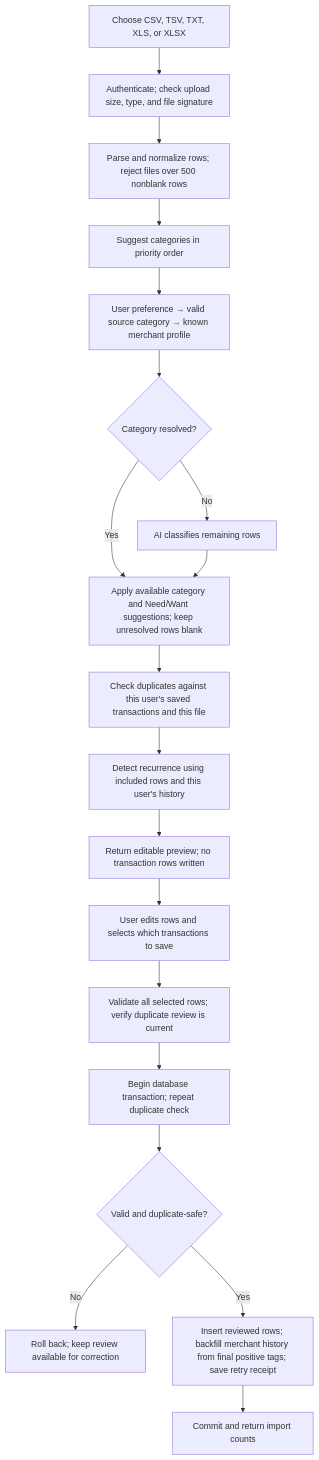
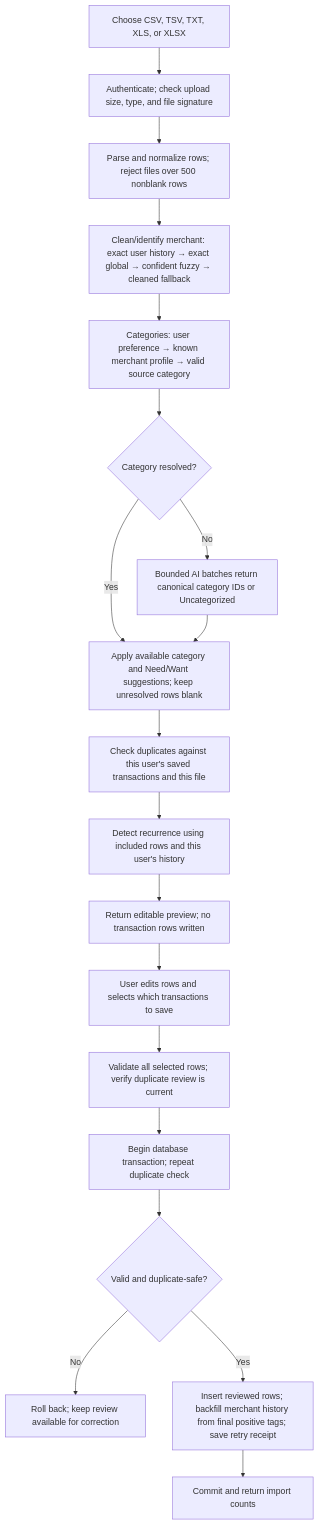
Before and after one commit to kapiltayal/FinVision360: the first of 3 diagrams in docs/Transaction_ingestion_&_processing.md, drawn with Mermaid. The commit also changed other lines of this file and 19 other files, not shown here.

````diff
--- a/docs/Transaction_ingestion_&_processing.md
+++ b/docs/Transaction_ingestion_&_processing.md
@@ -50,21 +50,21 @@
 ```mermaid
 flowchart TD
     A["Choose CSV, TSV, TXT, XLS, or XLSX"] --> B["Authenticate; check upload size, type, and file signature"]
     B --> C["Parse and normalize rows; reject files over 500 nonblank rows"]
-    C --> D["Suggest categories in priority order"]
-    D --> D1["User preference → valid source category → known merchant profile"]
+    C --> D["Clean/identify merchant: exact user history → exact global → confident fuzzy → cleaned fallback"]
+    D --> D1["Categories: user preference → known merchant profile → valid source category"]
     D1 --> E{"Category resolved?"}
     E -- "Yes" --> G["Apply available category and Need/Want suggestions; keep unresolved rows blank"]
-    E -- "No" --> F["AI classifies remaining rows"]
+    E -- "No" --> F["Bounded AI batches return canonical category IDs or Uncategorized"]
     F --> G
     G --> H["Check duplicates against this user's saved transactions and this file"]
     H --> H1["Detect recurrence using included rows and this user's history"]
     H1 --> I["Return editable preview; no transaction rows written"]
     I --> J["User edits rows and selects which transactions to save"]
     J --> K["Validate all selected rows; verify duplicate review is current"]
     K --> L["Begin database transaction; repeat duplicate check"]
     L --> M{"Valid and duplicate-safe?"}
     M -- "No" --> N["Roll back; keep review available for correction"]
     M -- "Yes" --> O["Insert reviewed rows; backfill merchant history from final positive tags; save retry receipt"]
     O --> P["Commit and return import counts"]
 ```
````
